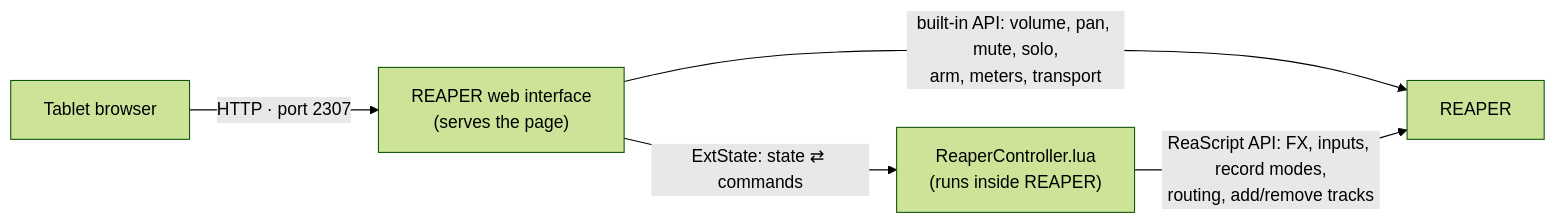
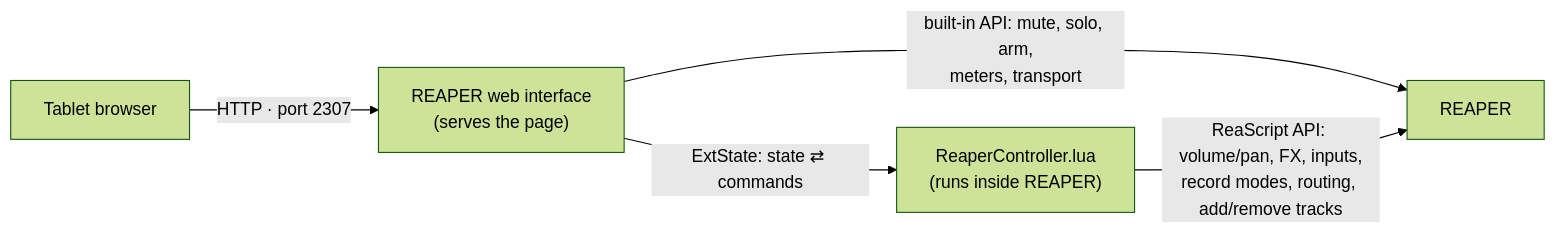
The diagram in README.md (SepulvedaTwain/reaper-controller), drawn with Mermaid (forest theme) before and after one commit. The commit also changed other lines of this file and 5 other files, not shown here.

````diff
--- a/README.md
+++ b/README.md
@@ -21,7 +22,7 @@
 ```mermaid
 flowchart LR
     T["Tablet browser"] -- "HTTP · port 2307" --> W["REAPER web interface<br/>(serves the page)"]
-    W -- "built-in API: volume, pan, mute, solo,<br/>arm, meters, transport" --> R["REAPER"]
+    W -- "built-in API: mute, solo, arm,<br/>meters, transport" --> R["REAPER"]
     W -- "ExtState: state ⇄ commands" --> L["ReaperController.lua<br/>(runs inside REAPER)"]
-    L -- "ReaScript API: FX, inputs, record modes,<br/>routing, add/remove tracks" --> R
+    L -- "ReaScript API: volume/pan, FX, inputs,<br/>record modes, routing, add/remove tracks" --> R
 ```
````
